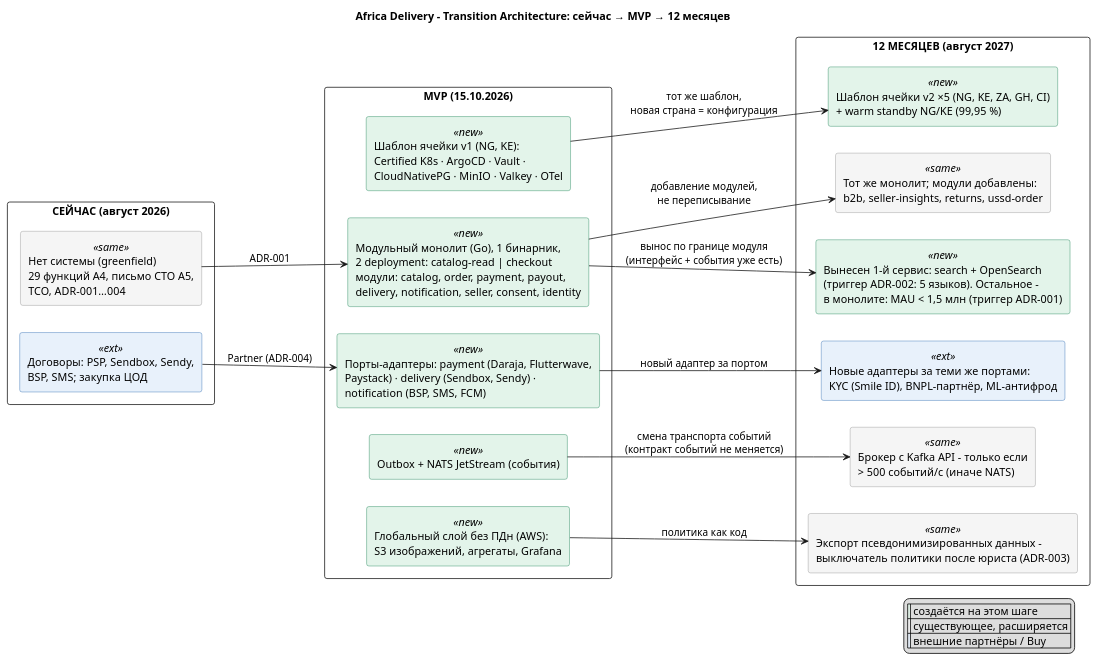
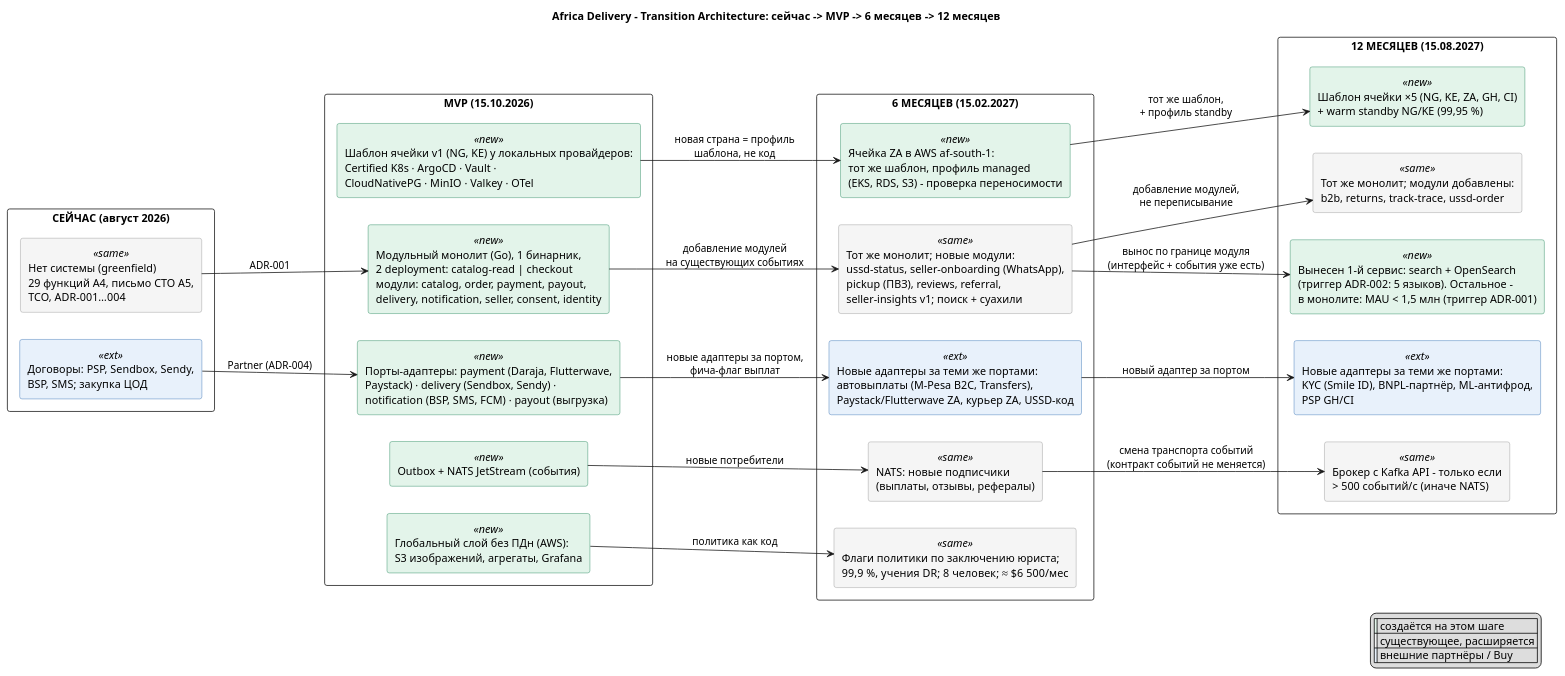
The diagram in Task5/transition-architecture.puml (4apaj/Africa_Delivery), drawn with PlantUML before and after one commit. The commit also changed 2 other files, not shown here.

```diff
--- a/Task5/transition-architecture.puml
+++ b/Task5/transition-architecture.puml
@@ -1,57 +1,70 @@
 @startuml transition-architecture
-title Africa Delivery - Transition Architecture: сейчас → MVP → 12 месяцев
+title Africa Delivery - Transition Architecture: сейчас -> MVP -> 6 месяцев -> 12 месяцев
 skinparam defaultFontName Arial
 skinparam rectangle {
   RoundCorner 6
 }
 skinparam rectangle<<new>> {
   BackgroundColor #E3F4EA
   BorderColor #0B7A4B
 }
 skinparam rectangle<<same>> {
   BackgroundColor #F5F5F5
   BorderColor #888888
 }
 skinparam rectangle<<ext>> {
   BackgroundColor #E8F1FB
   BorderColor #1F5FA8
 }
 left to right direction
 
 rectangle "СЕЙЧАС (август 2026)" as now {
   rectangle "Нет системы (greenfield)\n29 функций A4, письмо CTO A5,\nTCO, ADR-001…004" <<same>> as n1
   rectangle "Договоры: PSP, Sendbox, Sendy,\nBSP, SMS; закупка ЦОД" <<ext>> as n2
 }
 
 rectangle "MVP (15.10.2026)" as mvp {
-  rectangle "Шаблон ячейки v1 (NG, KE):\nCertified K8s · ArgoCD · Vault ·\nCloudNativePG · MinIO · Valkey · OTel" <<new>> as m1
+  rectangle "Шаблон ячейки v1 (NG, KE) у локальных провайдеров:\nCertified K8s · ArgoCD · Vault ·\nCloudNativePG · MinIO · Valkey · OTel" <<new>> as m1
   rectangle "Модульный монолит (Go), 1 бинарник,\n2 deployment: catalog-read | checkout\nмодули: catalog, order, payment, payout,\ndelivery, notification, seller, consent, identity" <<new>> as m2
-  rectangle "Порты-адаптеры: payment (Daraja, Flutterwave,\nPaystack) · delivery (Sendbox, Sendy) ·\nnotification (BSP, SMS, FCM)" <<new>> as m3
+  rectangle "Порты-адаптеры: payment (Daraja, Flutterwave,\nPaystack) · delivery (Sendbox, Sendy) ·\nnotification (BSP, SMS, FCM) · payout (выгрузка)" <<new>> as m3
   rectangle "Outbox + NATS JetStream (события)" <<new>> as m4
   rectangle "Глобальный слой без ПДн (AWS):\nS3 изображений, агрегаты, Grafana" <<new>> as m5
 }
 
-rectangle "12 МЕСЯЦЕВ (август 2027)" as y1 {
-  rectangle "Шаблон ячейки v2 ×5 (NG, KE, ZA, GH, CI)\n+ warm standby NG/KE (99,95 %)" <<new>> as y1a
-  rectangle "Тот же монолит; модули добавлены:\nb2b, seller-insights, returns, ussd-order" <<same>> as y1b
+rectangle "6 МЕСЯЦЕВ (15.02.2027)" as m6 {
+  rectangle "Ячейка ZA в AWS af-south-1:\nтот же шаблон, профиль managed\n(EKS, RDS, S3) - проверка переносимости" <<new>> as s1
+  rectangle "Тот же монолит; новые модули:\nussd-status, seller-onboarding (WhatsApp),\npickup (ПВЗ), reviews, referral,\nseller-insights v1; поиск + суахили" <<same>> as s2
+  rectangle "Новые адаптеры за теми же портами:\nавтовыплаты (M-Pesa B2C, Transfers),\nPaystack/Flutterwave ZA, курьер ZA, USSD-код" <<ext>> as s3
+  rectangle "NATS: новые подписчики\n(выплаты, отзывы, рефералы)" <<same>> as s4
+  rectangle "Флаги политики по заключению юриста;\n99,9 %, учения DR; 8 человек; ≈ $6 500/мес" <<same>> as s5
+}
+
+rectangle "12 МЕСЯЦЕВ (15.08.2027)" as y1 {
+  rectangle "Шаблон ячейки ×5 (NG, KE, ZA, GH, CI)\n+ warm standby NG/KE (99,95 %)" <<new>> as y1a
+  rectangle "Тот же монолит; модули добавлены:\nb2b, returns, track-trace, ussd-order" <<same>> as y1b
   rectangle "Вынесен 1-й сервис: search + OpenSearch\n(триггер ADR-002: 5 языков). Остальное -\nв монолите: MAU < 1,5 млн (триггер ADR-001)" <<new>> as y1c
-  rectangle "Новые адаптеры за теми же портами:\nKYC (Smile ID), BNPL-партнёр, ML-антифрод" <<ext>> as y1d
+  rectangle "Новые адаптеры за теми же портами:\nKYC (Smile ID), BNPL-партнёр, ML-антифрод,\nPSP GH/CI" <<ext>> as y1d
   rectangle "Брокер с Kafka API - только если\n> 500 событий/с (иначе NATS)" <<same>> as y1e
-  rectangle "Экспорт псевдонимизированных данных -\nвыключатель политики после юриста (ADR-003)" <<same>> as y1f
 }
 
 n1 --> m2 : ADR-001
 n2 --> m3 : Partner (ADR-004)
-m1 --> y1a : тот же шаблон,\nновая страна = конфигурация
-m2 --> y1b : добавление модулей,\nне переписывание
-m2 --> y1c : вынос по границе модуля\n(интерфейс + события уже есть)
-m3 --> y1d : новый адаптер за портом
-m4 --> y1e : смена транспорта событий\n(контракт событий не меняется)
-m5 --> y1f : политика как код
+
+m1 --> s1 : новая страна = профиль\nшаблона, не код
+m2 --> s2 : добавление модулей\nна существующих событиях
+m3 --> s3 : новые адаптеры за портом,\nфича-флаг выплат
+m4 --> s4 : новые потребители
+m5 --> s5 : политика как код
+
+s1 --> y1a : тот же шаблон,\n+ профиль standby
+s2 --> y1b : добавление модулей,\nне переписывание
+s2 --> y1c : вынос по границе модуля\n(интерфейс + события уже есть)
+s3 --> y1d : новый адаптер за портом
+s4 --> y1e : смена транспорта событий\n(контракт событий не меняется)
 
 legend right
   |<#E3F4EA>| создаётся на этом шаге |
   |<#F5F5F5>| существующее, расширяется |
   |<#E8F1FB>| внешние партнёры / Buy |
 endlegend
 @enduml
```
